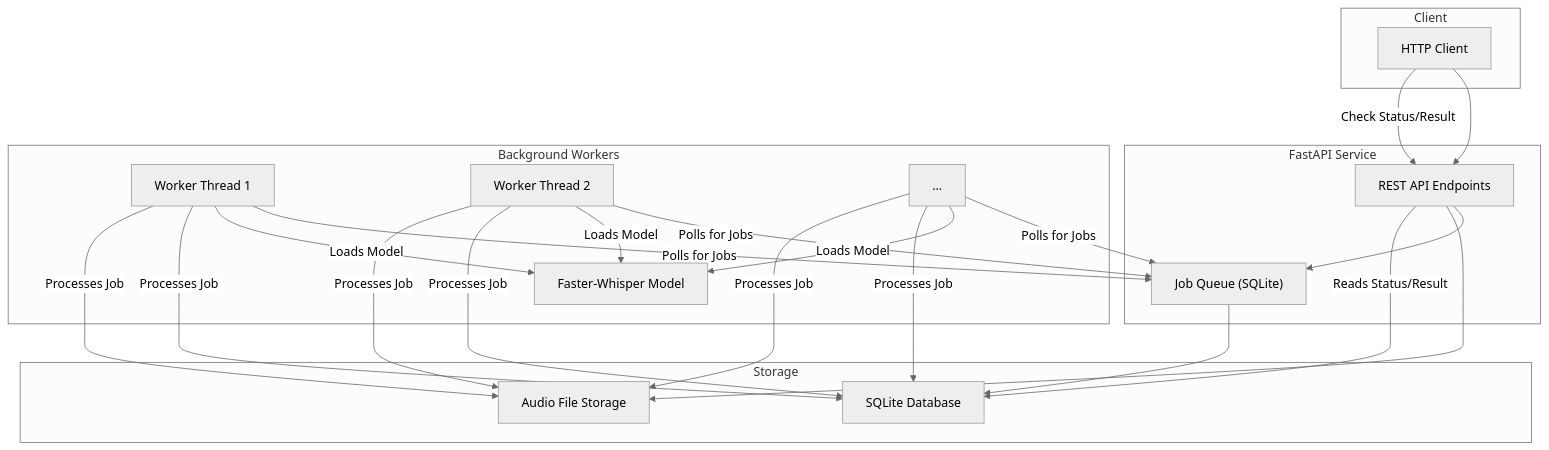
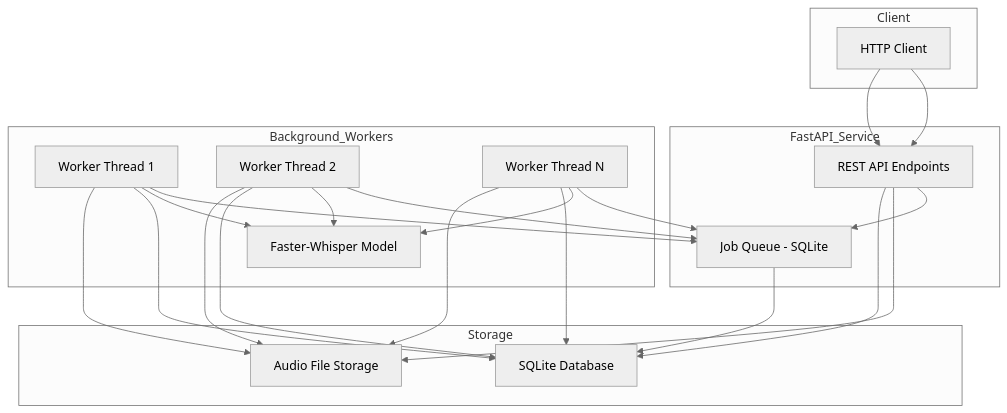
The first of 2 diagrams in Readme.md (cisco7507/LangId-mr), drawn with Mermaid (neutral theme) before and after one commit. The commit also changed 3 other files, not shown here.

Commit message:
docs: sanitize mermaid diagrams to avoid parser errors

````diff
--- a/Readme.md
+++ b/Readme.md
@@ -27,46 +27,46 @@
 ```mermaid
 graph TD
-    subgraph "Client"
-        A["HTTP Client"]
+    subgraph Client
+        A[HTTP Client]
     end
 
-    subgraph "FastAPI Service"
-        B["REST API Endpoints"]
-        C["Job Queue (SQLite)"]
+    subgraph FastAPI_Service
+        B[REST API Endpoints]
+        C[Job Queue - SQLite]
     end
 
-    subgraph "Background Workers"
-        D1["Worker Thread 1"]
-        D2["Worker Thread 2"]
-        D3["..."]
-        E["Faster-Whisper Model"]
+    subgraph Background_Workers
+        D1[Worker Thread 1]
+        D2[Worker Thread 2]
+        D3[Worker Thread N]
+        E[Faster-Whisper Model]
     end
 
-    subgraph "Storage"
-        F["SQLite Database"]
-        G["Audio File Storage"]
+    subgraph Storage
+        F[SQLite Database]
+        G[Audio File Storage]
     end
 
     A --> B
     B --> C
     C --> F
     B --> G
 
-    D1 -- "Polls for Jobs" --> C
-    D2 -- "Polls for Jobs" --> C
-    D3 -- "Polls for Jobs" --> C
+    D1 --> C
+    D2 --> C
+    D3 --> C
 
-    D1 -- "Loads Model" --> E
-    D2 -- "Loads Model" --> E
-    D3 -- "Loads Model" --> E
+    D1 --> E
+    D2 --> E
+    D3 --> E
 
-    D1 -- "Processes Job" --> F
-    D1 -- "Processes Job" --> G
-    D2 -- "Processes Job" --> F
-    D2 -- "Processes Job" --> G
-    D3 -- "Processes Job" --> F
-    D3 -- "Processes Job" --> G
+    D1 --> F
+    D1 --> G
+    D2 --> F
+    D2 --> G
+    D3 --> F
+    D3 --> G
 
-    A -- "Check Status/Result" --> B
-    B -- "Reads Status/Result" --> F
+    A --> B
+    B --> F
 ```
````
